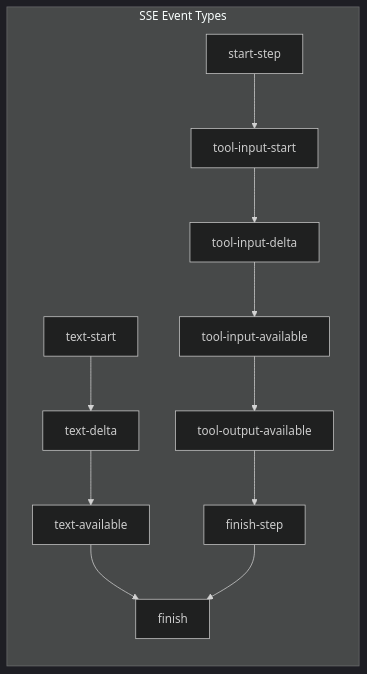
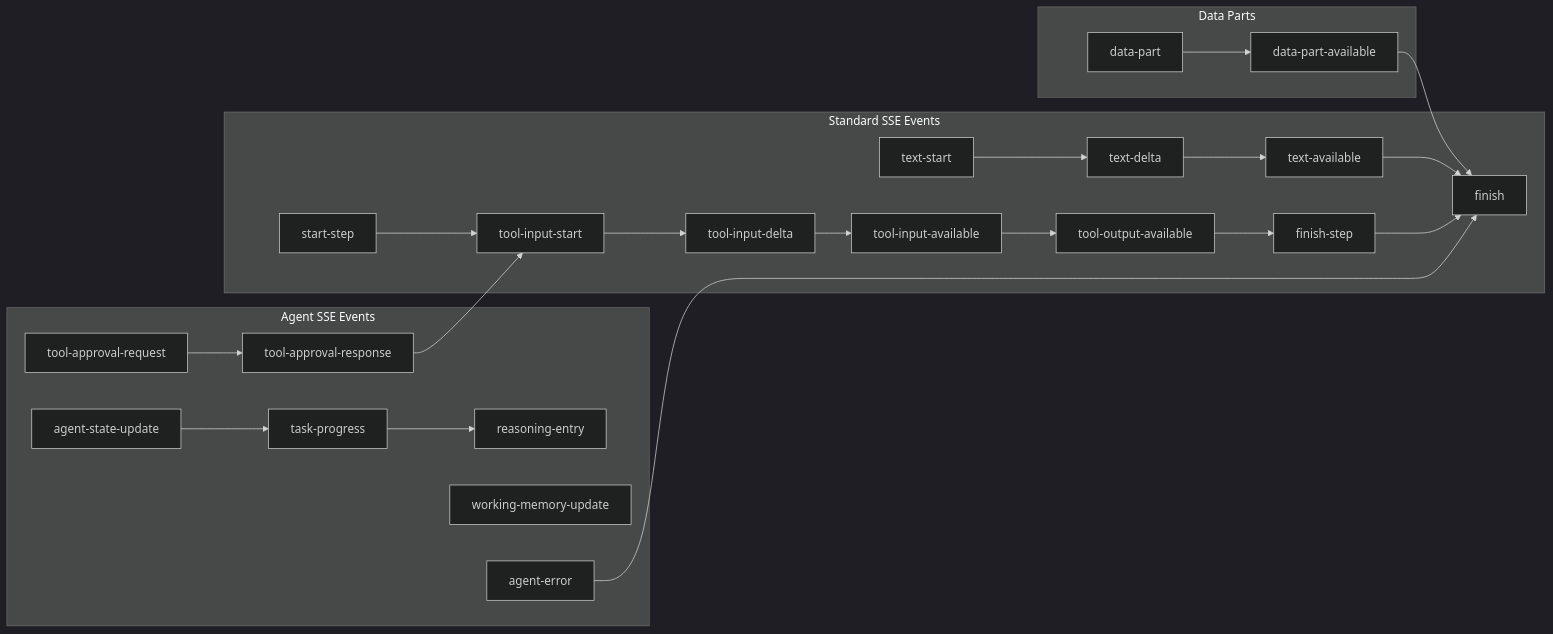
One commit to archestra-ai/prototypes changed the third of 3 diagrams in desktop/chat-architecture.md. Above: the diagram before and after it, drawn with Mermaid (dark theme). The commit also changed other lines of this file and 1 other file, not shown here.

First line of the commit message:
docs: update CLAUDE.md and chat-architecture.md for agent system

````diff
--- a/desktop/chat-architecture.md
+++ b/desktop/chat-architecture.md
@@ -91,27 +134,51 @@
 ```mermaid
 graph LR
-    subgraph "SSE Event Types"
+    subgraph "Standard SSE Events"
         TS[text-start]
         TD[text-delta]
         TF[text-available]
         SS[start-step]
         FS[finish-step]
         TIS[tool-input-start]
         TID[tool-input-delta]
         TIA[tool-input-available]
         TOA[tool-output-available]
         FIN[finish]
     end
 
+    subgraph "Agent SSE Events"
+        ASU[agent-state-update]
+        RE[reasoning-entry]
+        TP[task-progress]
+        TAR[tool-approval-request]
+        TAA[tool-approval-response]
+        WMU[working-memory-update]
+        ERR[agent-error]
+    end
+
+    subgraph "Data Parts"
+        DP[data-part]
+        DPA[data-part-available]
+    end
+
     TS --> TD
     TD --> TF
 
     SS --> TIS
     TIS --> TID
     TID --> TIA
     TIA --> TOA
     TOA --> FS
 
+    ASU --> TP
+    TP --> RE
+    TAR --> TAA
+    TAA --> TIS
+
+    DP --> DPA
+    DPA --> FIN
+    
     TF --> FIN
     FS --> FIN
+    ERR --> FIN
 ```
````
